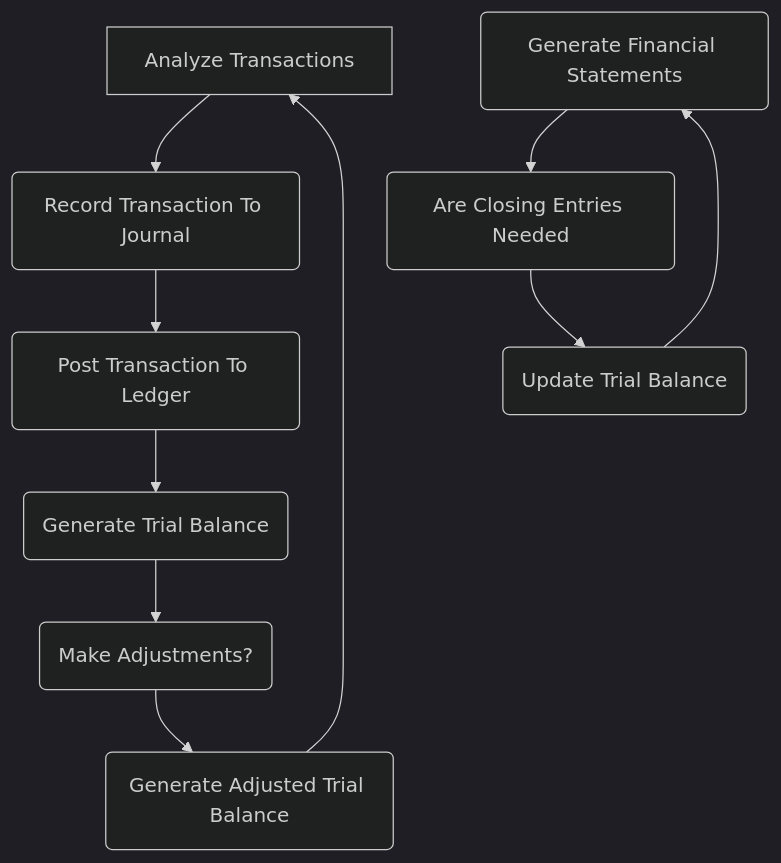
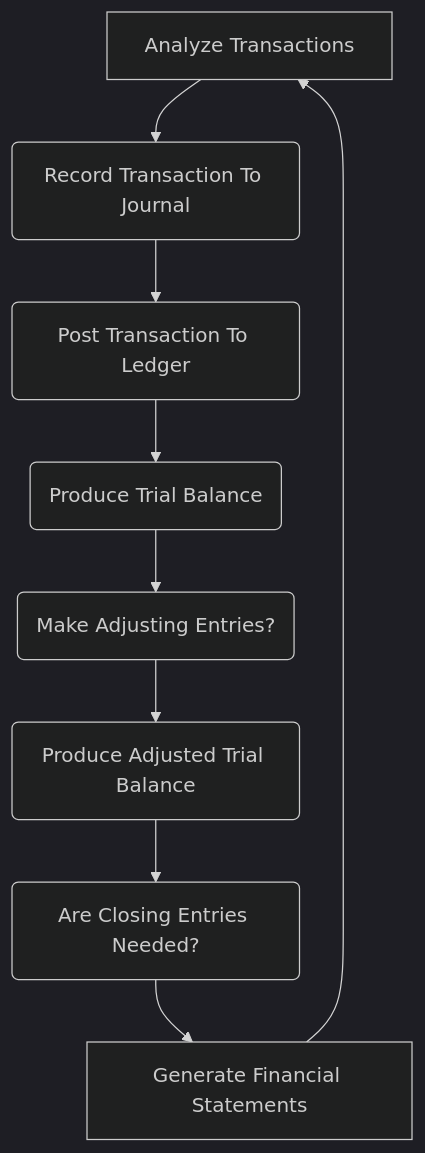
The diagram in _posts/2023-12-25-accounting-cycle.md (mcc-us/bookkeeping), drawn with Mermaid (dark theme) before and after one commit.

Commit message:
Mod accounting mermaid diagram

````diff
--- a/_posts/2023-12-25-accounting-cycle.md
+++ b/_posts/2023-12-25-accounting-cycle.md
@@ -9,12 +9,11 @@
 ```mermaid
 graph TD
     A[Analyze Transactions] --> B(Record Transaction To Journal)
     B --> C(Post Transaction To Ledger)
-    C --> D(Generate Trial Balance)
-    D --> E(Make Adjustments?)
-    E --> F(Generate Adjusted Trial Balance)
-    G --> H(Are Closing Entries Needed)
-    H --> I(Update Trial Balance)
-    I --> G(Generate Financial Statements)
-    F --> A
+    C --> D(Produce Trial Balance)
+    D --> E(Make Adjusting Entries?)
+    E --> F(Produce Adjusted Trial Balance)
+    F --> G(Are Closing Entries Needed?)
+    G --> H[Generate Financial Statements]
+    H --> A
 ```
````
